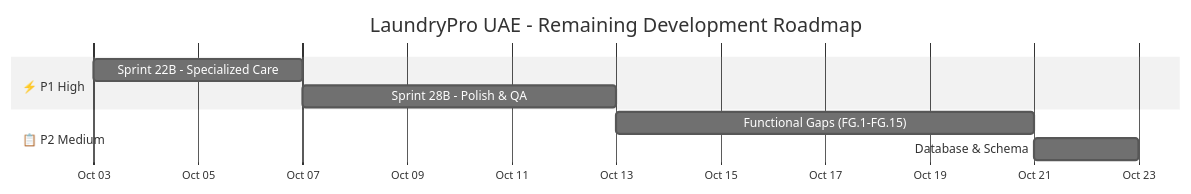
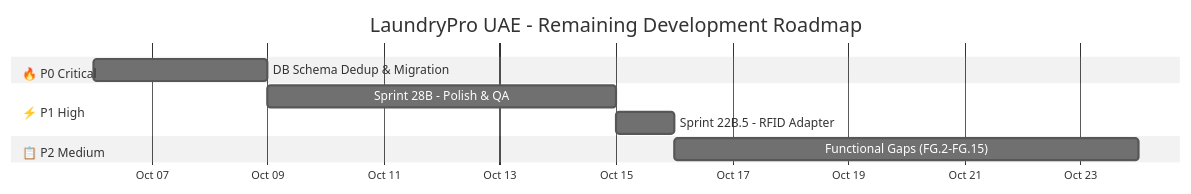
The second of 2 diagrams in unified_implementation_plan.md (TheBestDeveloperTeam/UAE-Laundry-Pro), drawn with Mermaid (neutral theme) before and after one commit. The commit also changed other lines of this file and 24 other files, not shown here.

````diff
--- a/unified_implementation_plan.md
+++ b/unified_implementation_plan.md
@@ -232,14 +233,16 @@
 ```mermaid
 gantt
     title LaundryPro UAE - Remaining Development Roadmap
     dateFormat YYYY-MM-DD
     axisFormat %b %d
 
+    section 🔥 P0 Critical
+    DB Schema Dedup & Migration    :db, 2026-10-06, 3d
+
     section ⚡ P1 High
-    Sprint 22B - Specialized Care       :s22b, 2026-10-03, 4d
-    Sprint 28B - Polish & QA            :s28b, after s22b, 6d
+    Sprint 28B - Polish & QA       :s28b, after db, 6d
+    Sprint 22B.5 - RFID Adapter    :s22b, after s28b, 1d
 
     section 📋 P2 Medium
-    Functional Gaps (FG.1-FG.15)        :fg, after s28b, 8d
-    Database & Schema                   :db, after fg, 2d
+    Functional Gaps (FG.2-FG.15)   :fg, after s22b, 8d
 ```
````
